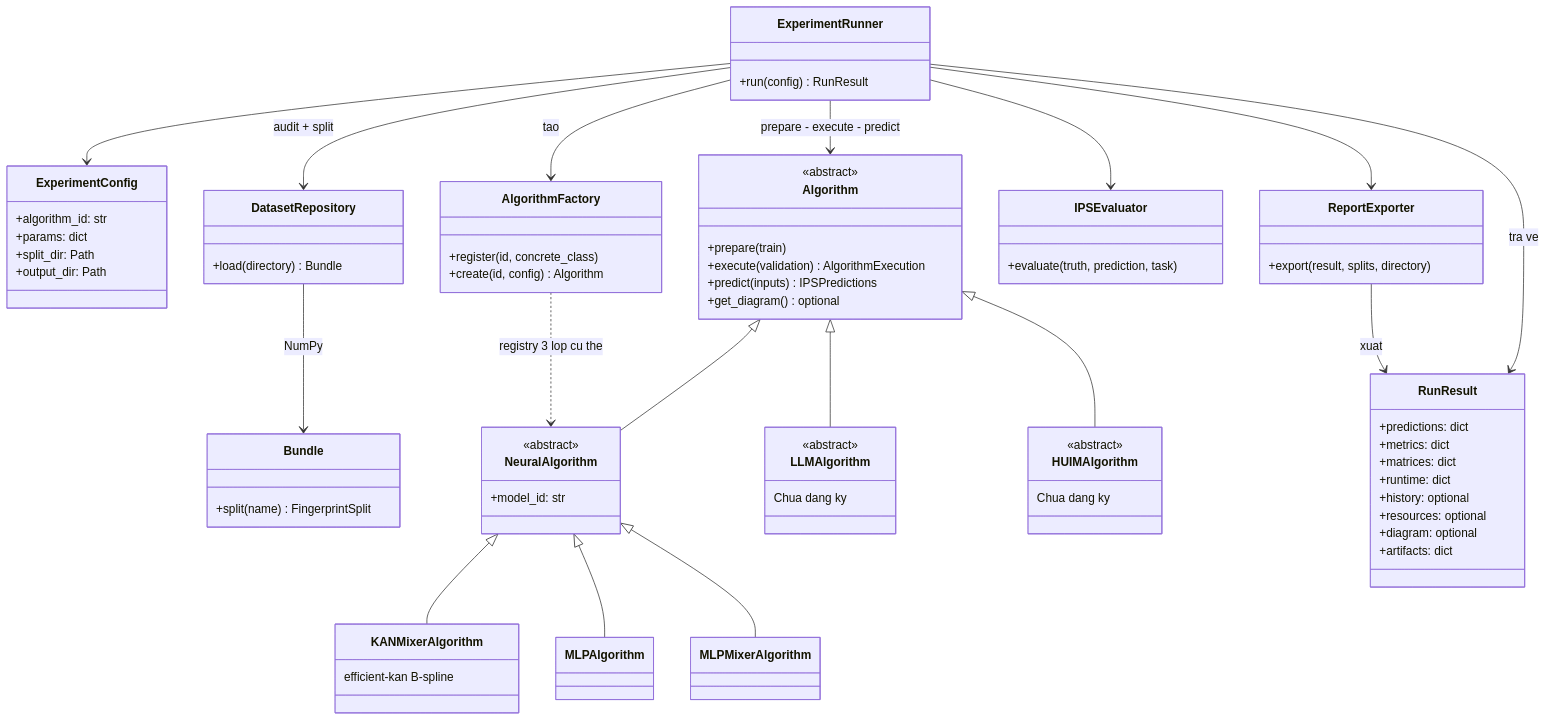
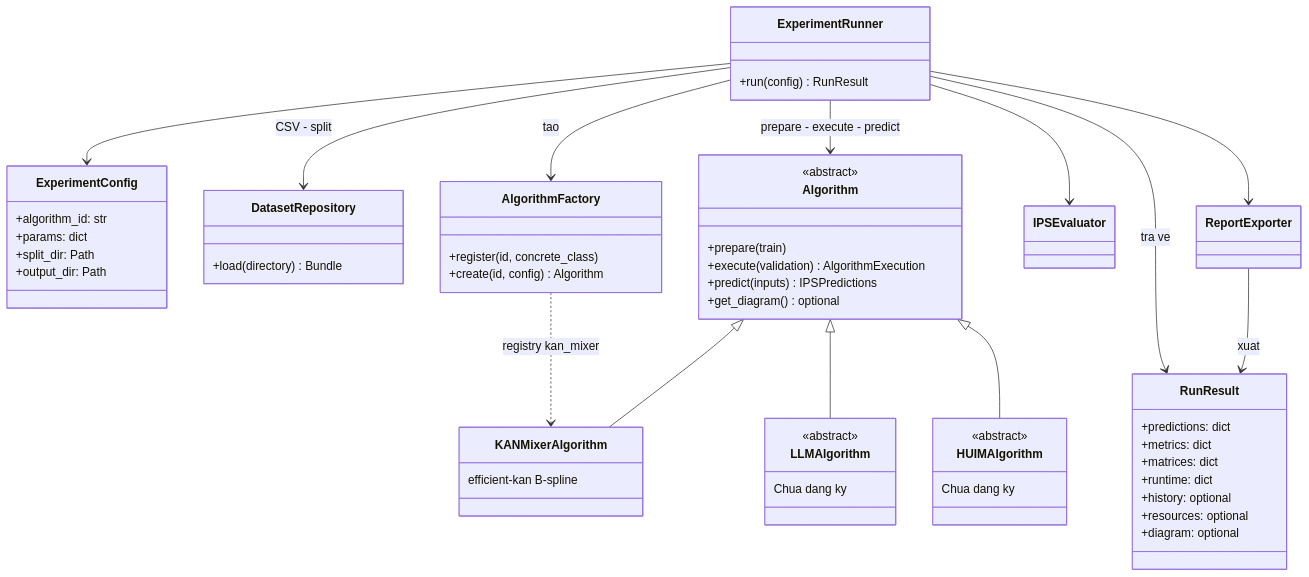
One commit to GiaBaoK46DLU/IPS_ThacSi changed the diagram in docs/architecture/shared_factory.mmd. Above: the diagram before and after it, drawn with Mermaid. The commit also changed 208 other files, not shown here.

Commit message:
refactor(ips): make shared factory KAN-only and isolate personal study files

```diff
--- a/docs/architecture/shared_factory.mmd
+++ b/docs/architecture/shared_factory.mmd
@@ -1,77 +1,59 @@
 classDiagram
     direction TB
+    class ExperimentRunner {
+        +run(config) RunResult
+    }
     class ExperimentConfig {
         +algorithm_id: str
         +params: dict
         +split_dir: Path
         +output_dir: Path
     }
-    class ExperimentRunner {
-        +run(config) RunResult
-    }
     class DatasetRepository {
         +load(directory) Bundle
-    }
-    class Bundle {
-        +split(name) FingerprintSplit
     }
     class AlgorithmFactory {
         +register(id, concrete_class)
         +create(id, config) Algorithm
     }
     class Algorithm {
         <<abstract>>
         +prepare(train)
         +execute(validation) AlgorithmExecution
         +predict(inputs) IPSPredictions
         +get_diagram() optional
     }
-    class NeuralAlgorithm {
-        <<abstract>>
-        +model_id: str
-    }
     class KANMixerAlgorithm {
         efficient-kan B-spline
     }
-    class MLPAlgorithm
-    class MLPMixerAlgorithm
     class LLMAlgorithm {
         <<abstract>>
         Chua dang ky
     }
     class HUIMAlgorithm {
         <<abstract>>
         Chua dang ky
     }
-    class IPSEvaluator {
-        +evaluate(truth, prediction, task)
-    }
-    class ReportExporter {
-        +export(result, splits, directory)
-    }
+    class IPSEvaluator
+    class ReportExporter
     class RunResult {
         +predictions: dict
         +metrics: dict
         +matrices: dict
         +runtime: dict
         +history: optional
         +resources: optional
         +diagram: optional
-        +artifacts: dict
     }
     ExperimentRunner --> ExperimentConfig
+    ExperimentRunner --> DatasetRepository : CSV - split
     ExperimentRunner --> AlgorithmFactory : tao
-    ExperimentRunner --> DatasetRepository : audit + split
-    DatasetRepository --> Bundle : NumPy
+    AlgorithmFactory ..> KANMixerAlgorithm : registry kan_mixer
     ExperimentRunner --> Algorithm : prepare - execute - predict
-    Algorithm <|-- NeuralAlgorithm
-    NeuralAlgorithm <|-- KANMixerAlgorithm
-    NeuralAlgorithm <|-- MLPAlgorithm
-    NeuralAlgorithm <|-- MLPMixerAlgorithm
+    Algorithm <|-- KANMixerAlgorithm
     Algorithm <|-- LLMAlgorithm
     Algorithm <|-- HUIMAlgorithm
-    AlgorithmFactory ..> NeuralAlgorithm : registry 3 lop cu the
     ExperimentRunner --> IPSEvaluator
     ExperimentRunner --> ReportExporter
     ExperimentRunner --> RunResult : tra ve
     ReportExporter --> RunResult : xuat
```
